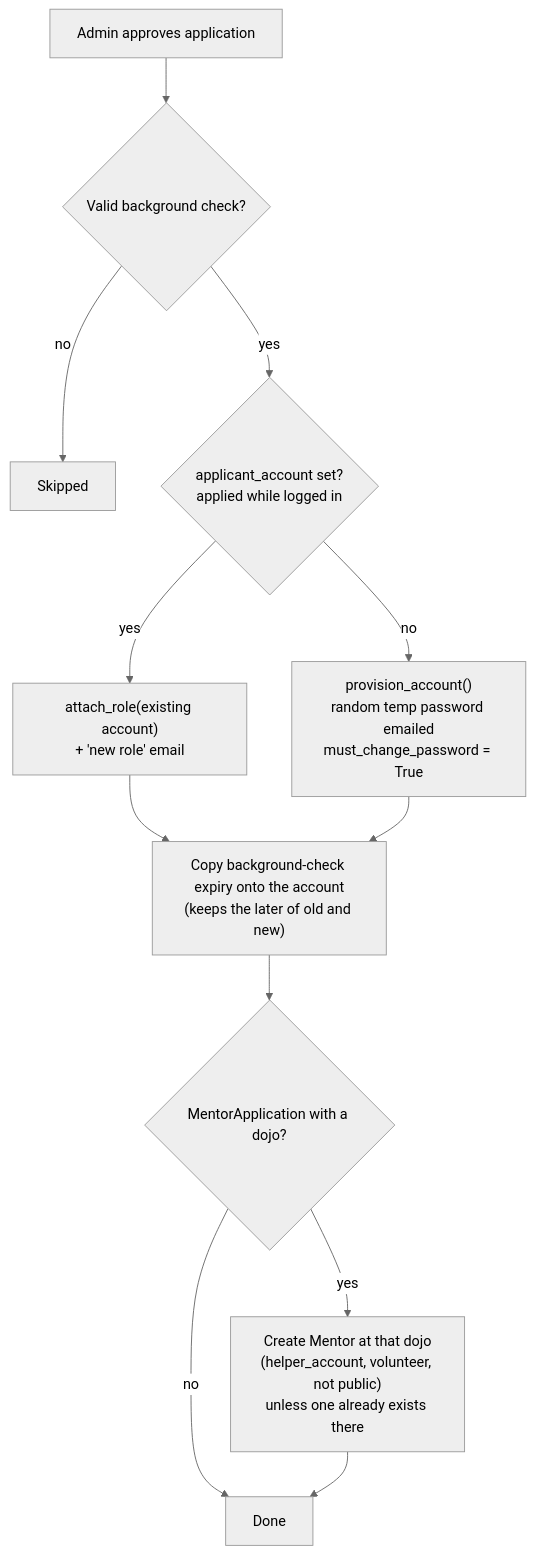
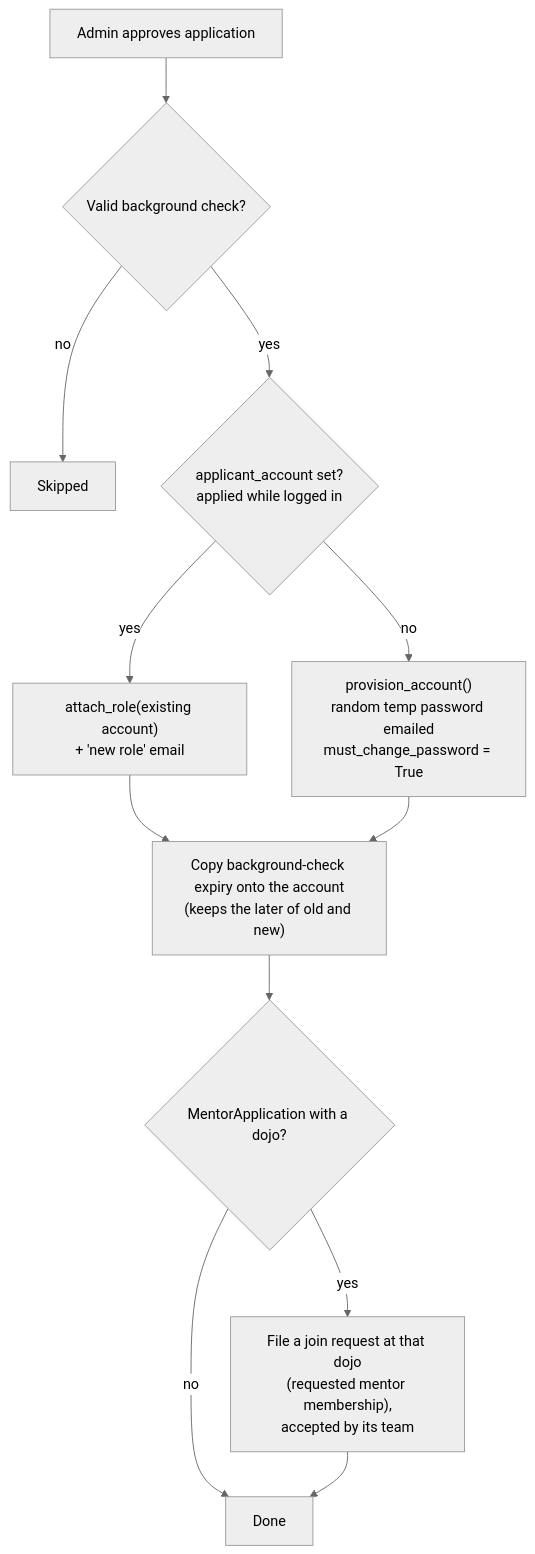
One commit to DoublG/coderdojo-event-registration changed the tenth of 20 diagrams in DATA_MODEL.md. Above: the diagram before and after it, drawn with Mermaid (neutral theme). The commit also changed other lines of this file and 65 other files, not shown here.

````diff
--- a/DATA_MODEL.md
+++ b/DATA_MODEL.md
@@ -396,14 +406,14 @@
 ```mermaid
 flowchart TD
     A[Admin approves application] --> V{Valid background check?}
     V -- no --> S[Skipped]
     V -- yes --> E{applicant_account set?<br/>applied while logged in}
     E -- yes --> P["attach_role(existing account)<br/>+ 'new role' email"]
     E -- no --> N["provision_account()<br/>random temp password emailed<br/>must_change_password = True"]
     P --> X["Copy background-check expiry onto the account<br/>(keeps the later of old and new)"]
     N --> X
     X --> K{MentorApplication with a dojo?}
-    K -- yes --> M["Create Mentor at that dojo<br/>(helper_account, volunteer, not public)<br/>unless one already exists there"]
+    K -- yes --> M["File a join request at that dojo<br/>(requested mentor membership),<br/>accepted by its team"]
     K -- no --> D[Done]
     M --> D
 ```
````
